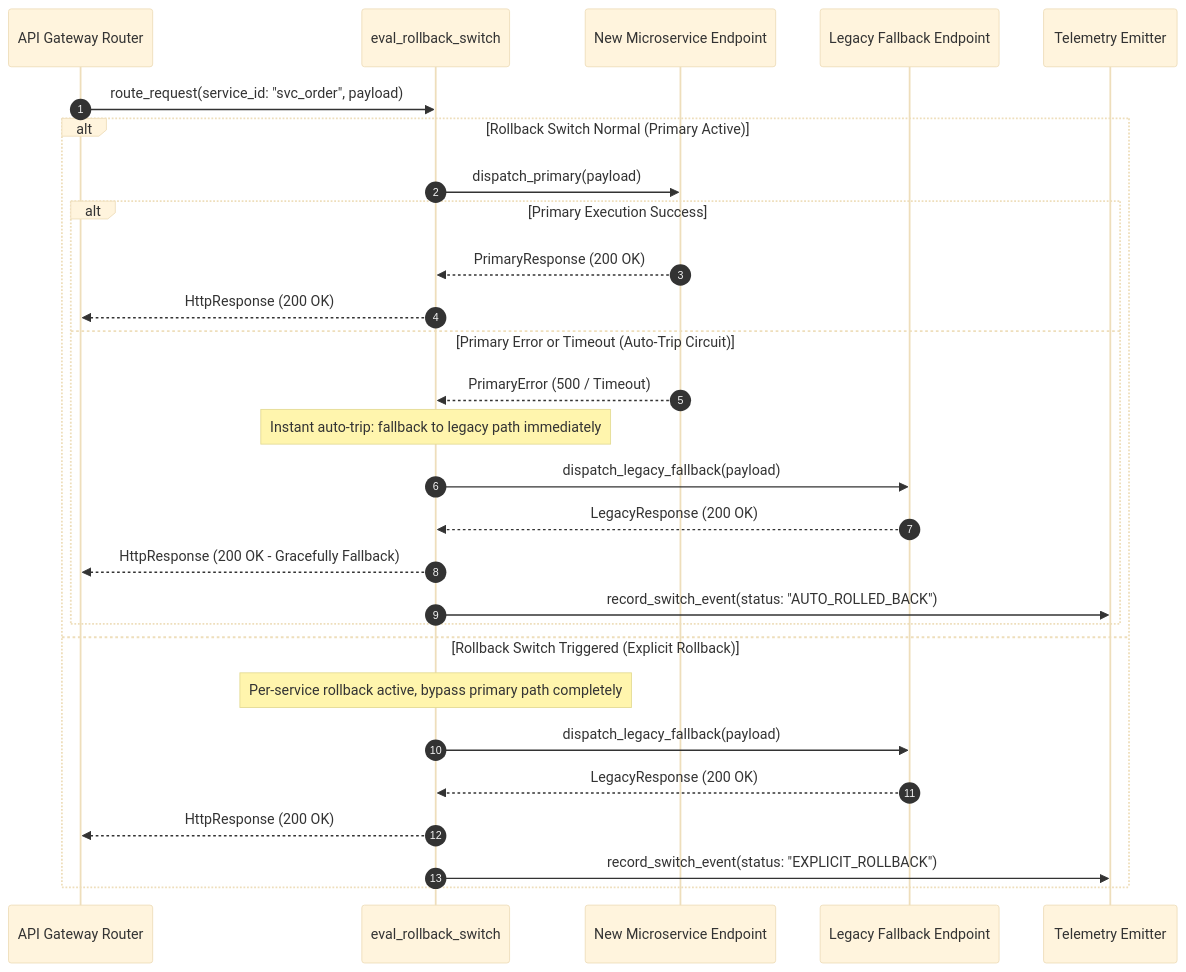
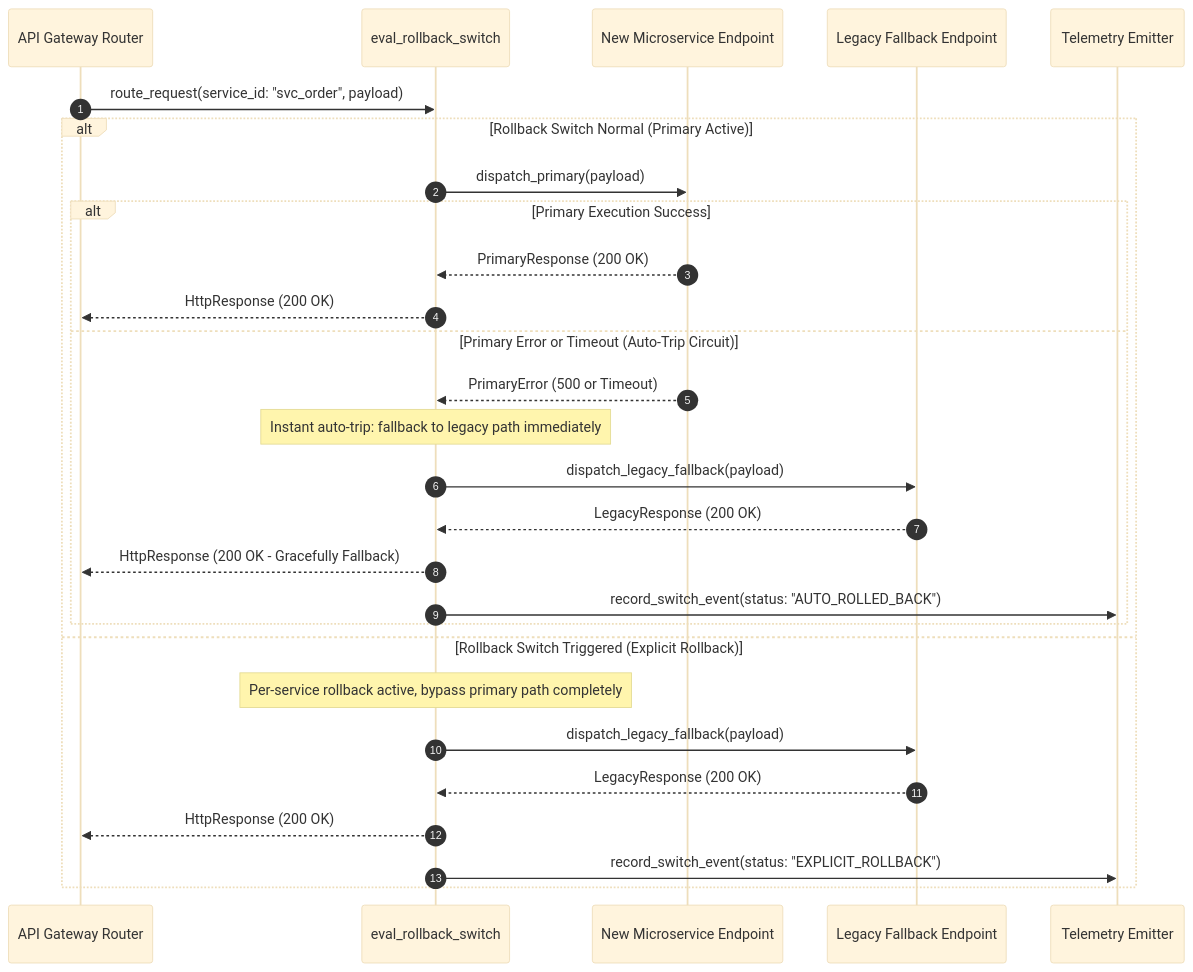
One commit to Chief-Strategist-J/llm-observability-platform changed the second of 2 diagrams in notebooks/runbooks/refs/06-rollback-cutover-lifecycle/dual-path-rollback-switch.md. Above: the diagram before and after it, drawn with Mermaid (base theme). The commit also changed 35 other files, not shown here.

Commit message:
fix(docs): resolve sequence diagram message label syntax errors across runbook suite

````diff
--- a/notebooks/runbooks/refs/06-rollback-cutover-lifecycle/dual-path-rollback-switch.md
+++ b/notebooks/runbooks/refs/06-rollback-cutover-lifecycle/dual-path-rollback-switch.md
@@ -62,32 +62,32 @@
 ```mermaid
 sequenceDiagram
     autonumber
     participant Gateway as API Gateway Router
     participant Switch as eval_rollback_switch
     participant NewSvc as New Microservice Endpoint
     participant LegacySvc as Legacy Fallback Endpoint
     participant Audit as Telemetry Emitter
 
     Gateway->>Switch: route_request(service_id: "svc_order", payload)
     
     alt Rollback Switch Normal (Primary Active)
         Switch->>NewSvc: dispatch_primary(payload)
         alt Primary Execution Success
             NewSvc-->>Switch: PrimaryResponse (200 OK)
             Switch-->>Gateway: HttpResponse (200 OK)
         else Primary Error or Timeout (Auto-Trip Circuit)
-            NewSvc-->>Switch: PrimaryError (500 / Timeout)
+            NewSvc-->>Switch: PrimaryError (500 or Timeout)
             Note over Switch: Instant auto-trip: fallback to legacy path immediately
             Switch->>LegacySvc: dispatch_legacy_fallback(payload)
             LegacySvc-->>Switch: LegacyResponse (200 OK)
             Switch-->>Gateway: HttpResponse (200 OK - Gracefully Fallback)
             Switch->>Audit: record_switch_event(status: "AUTO_ROLLED_BACK")
         end
     else Rollback Switch Triggered (Explicit Rollback)
         Note over Switch: Per-service rollback active, bypass primary path completely
         Switch->>LegacySvc: dispatch_legacy_fallback(payload)
         LegacySvc-->>Switch: LegacyResponse (200 OK)
         Switch-->>Gateway: HttpResponse (200 OK)
         Switch->>Audit: record_switch_event(status: "EXPLICIT_ROLLBACK")
     end
 ```
````
